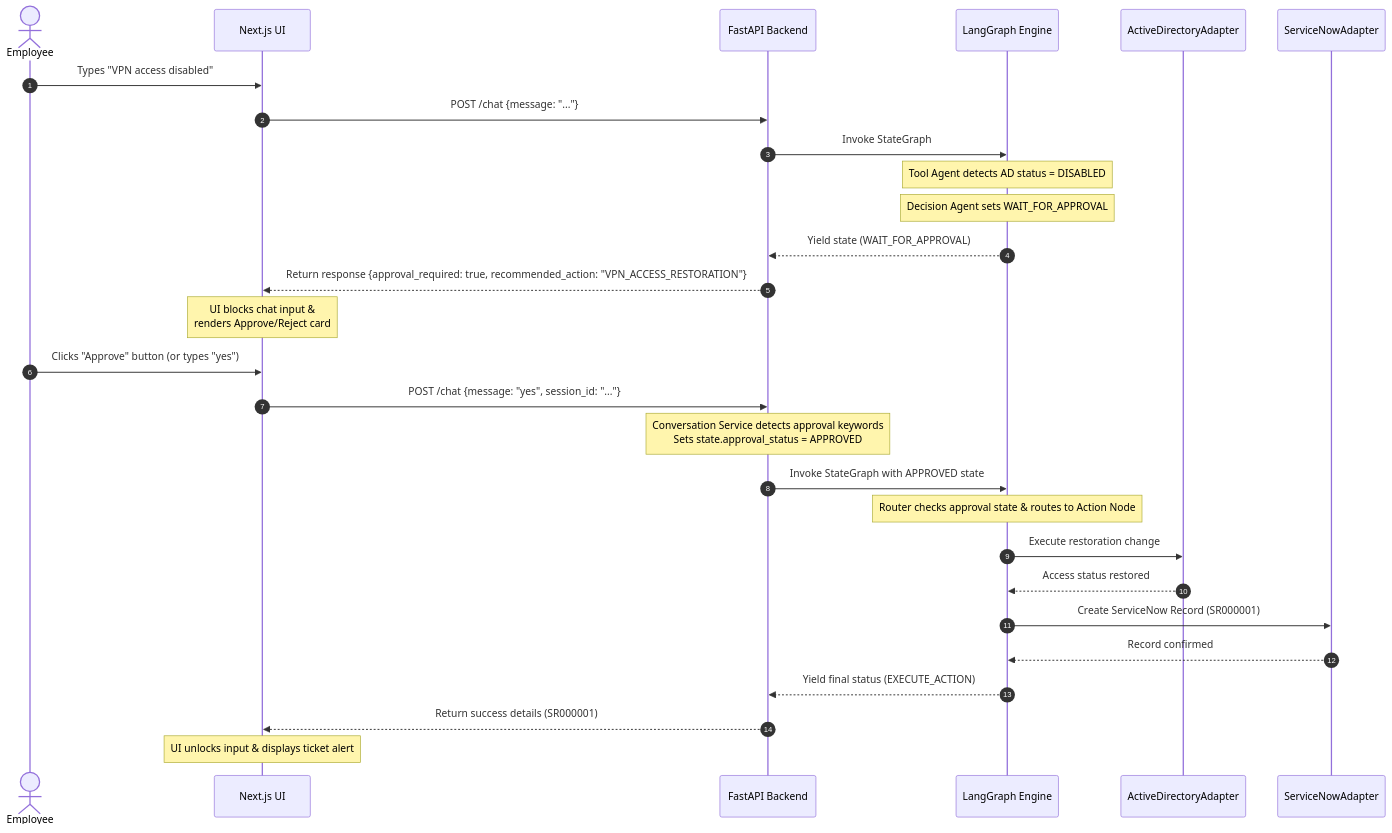
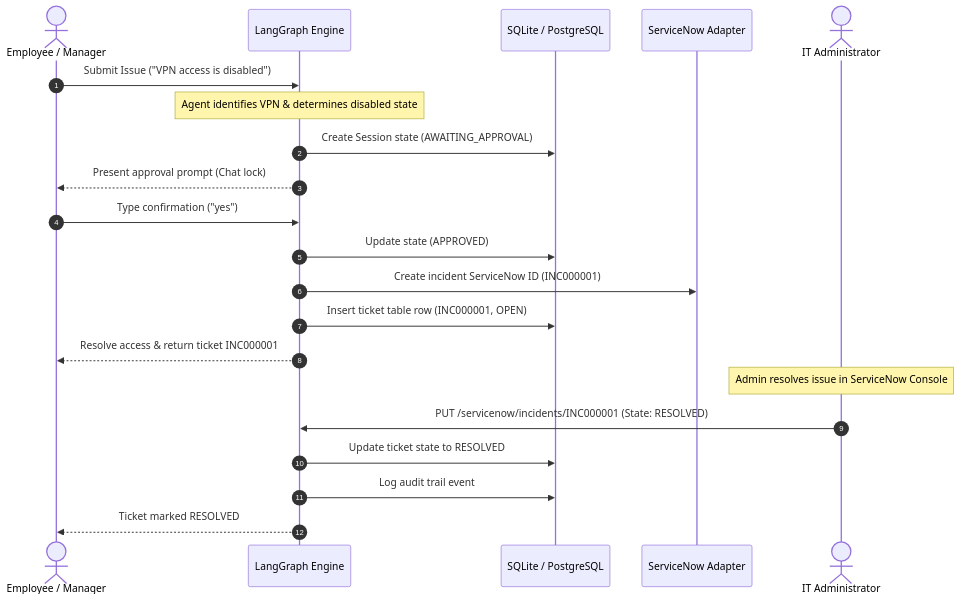
One commit to raghvendrabhati02/bridgestone-it-agent changed the fourth of 6 diagrams in docs/enterprise-architecture.md. Above: the diagram before and after it, drawn with Mermaid. The commit also changed other lines of this file and 5 other files, not shown here.

````diff
--- a/docs/enterprise-architecture.md
+++ b/docs/enterprise-architecture.md
@@ -278,32 +329,26 @@
 ```mermaid
 sequenceDiagram
     autonumber
-    actor Employee
-    participant UI as Next.js UI
-    participant Backend as FastAPI Backend
+    actor User as Employee / Manager
     participant Graph as LangGraph Engine
-    participant AD as ActiveDirectoryAdapter
-    participant SNOW as ServiceNowAdapter
+    participant DB as SQLite / PostgreSQL
+    participant SNOW as ServiceNow Adapter
+    actor Admin as IT Administrator
 
-    Employee->>UI: Types "VPN access disabled"
-    UI->>Backend: POST /chat {message: "..."}
-    Backend->>Graph: Invoke StateGraph
-    Note over Graph: Tool Agent detects AD status = DISABLED
-    Note over Graph: Decision Agent sets WAIT_FOR_APPROVAL
-    Graph-->>Backend: Yield state (WAIT_FOR_APPROVAL)
-    Backend-->>UI: Return response {approval_required: true, recommended_action: "VPN_ACCESS_RESTORATION"}
-    Note over UI: UI blocks chat input &<br/>renders Approve/Reject card
+    User->>Graph: Submit Issue ("VPN access is disabled")
+    Note over Graph: Agent identifies VPN & determines disabled state
+    Graph->>DB: Create Session state (AWAITING_APPROVAL)
+    Graph-->>User: Present approval prompt (Chat lock)
     
-    Employee->>UI: Clicks "Approve" button (or types "yes")
-    UI->>Backend: POST /chat {message: "yes", session_id: "..."}
-    Note over Backend: Conversation Service detects approval keywords<br/>Sets state.approval_status = APPROVED
-    Backend->>Graph: Invoke StateGraph with APPROVED state
-    Note over Graph: Router checks approval state & routes to Action Node
-    Graph->>AD: Execute restoration change
-    AD-->>Graph: Access status restored
-    Graph->>SNOW: Create ServiceNow Record (SR000001)
-    SNOW-->>Graph: Record confirmed
-    Graph-->>Backend: Yield final status (EXECUTE_ACTION)
-    Backend-->>UI: Return success details (SR000001)
-    Note over UI: UI unlocks input & displays ticket alert
+    User->>Graph: Type confirmation ("yes")
+    Graph->>DB: Update state (APPROVED)
+    Graph->>SNOW: Create incident ServiceNow ID (INC000001)
+    Graph->>DB: Insert ticket table row (INC000001, OPEN)
+    Graph-->>User: Resolve access & return ticket INC000001
+    
+    Note over Admin: Admin resolves issue in ServiceNow Console
+    Admin->>Graph: PUT /servicenow/incidents/INC000001 (State: RESOLVED)
+    Graph->>DB: Update ticket state to RESOLVED
+    Graph->>DB: Log audit trail event
+    Graph-->>User: Ticket marked RESOLVED
 ```
````
